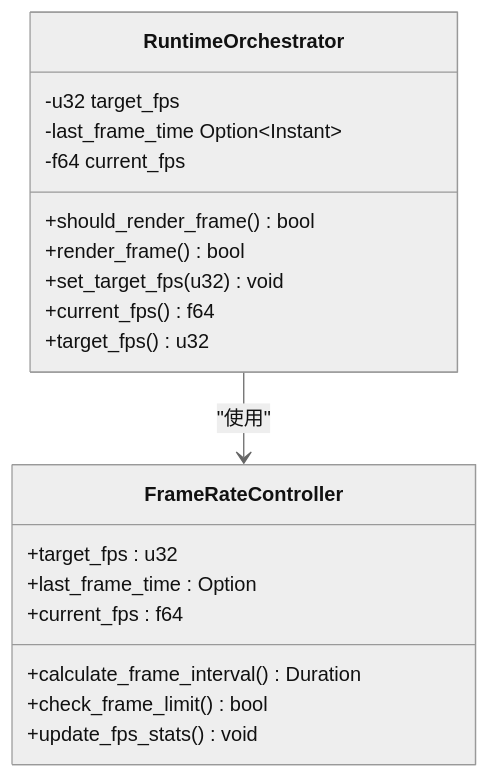
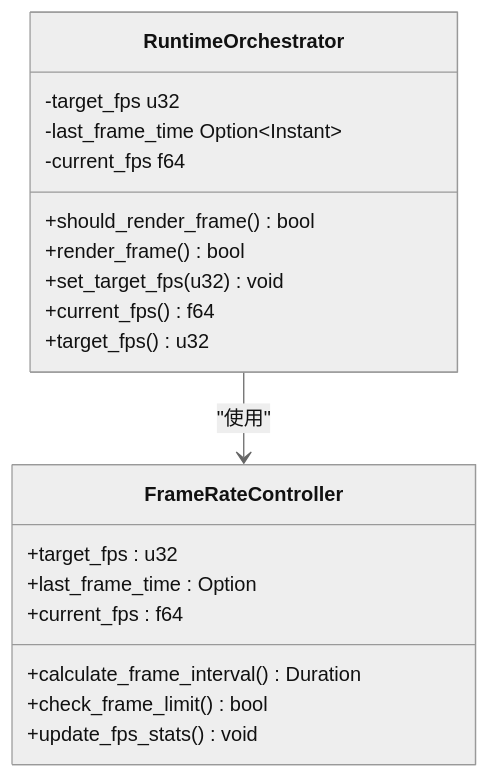
Before and after one commit to itszzl-sudo/iris: the tenth of 15 diagrams in .qoder/repowiki/zh/content/技术架构详解/整体架构设计/Iris运行时协调器.md, drawn with Mermaid (neutral theme). The commit also changed other lines of this file and 9 other files, not shown here.

````diff
--- a/.qoder/repowiki/zh/content/技术架构详解/整体架构设计/Iris运行时协调器.md
+++ b/.qoder/repowiki/zh/content/技术架构详解/整体架构设计/Iris运行时协调器.md
@@ -447,22 +774,22 @@
 ```mermaid
 classDiagram
 class RuntimeOrchestrator {
--u32 target_fps
+-target_fps u32
 -last_frame_time Option~Instant~
--f64 current_fps
+-current_fps f64
 +should_render_frame() bool
 +render_frame() bool
 +set_target_fps(u32) void
 +current_fps() f64
 +target_fps() u32
 }
 class FrameRateController {
 +target_fps : u32
 +last_frame_time : Option<Instant>
 +current_fps : f64
 +calculate_frame_interval() Duration
 +check_frame_limit() bool
 +update_fps_stats() void
 }
 RuntimeOrchestrator --> FrameRateController : "使用"
 ```
````
